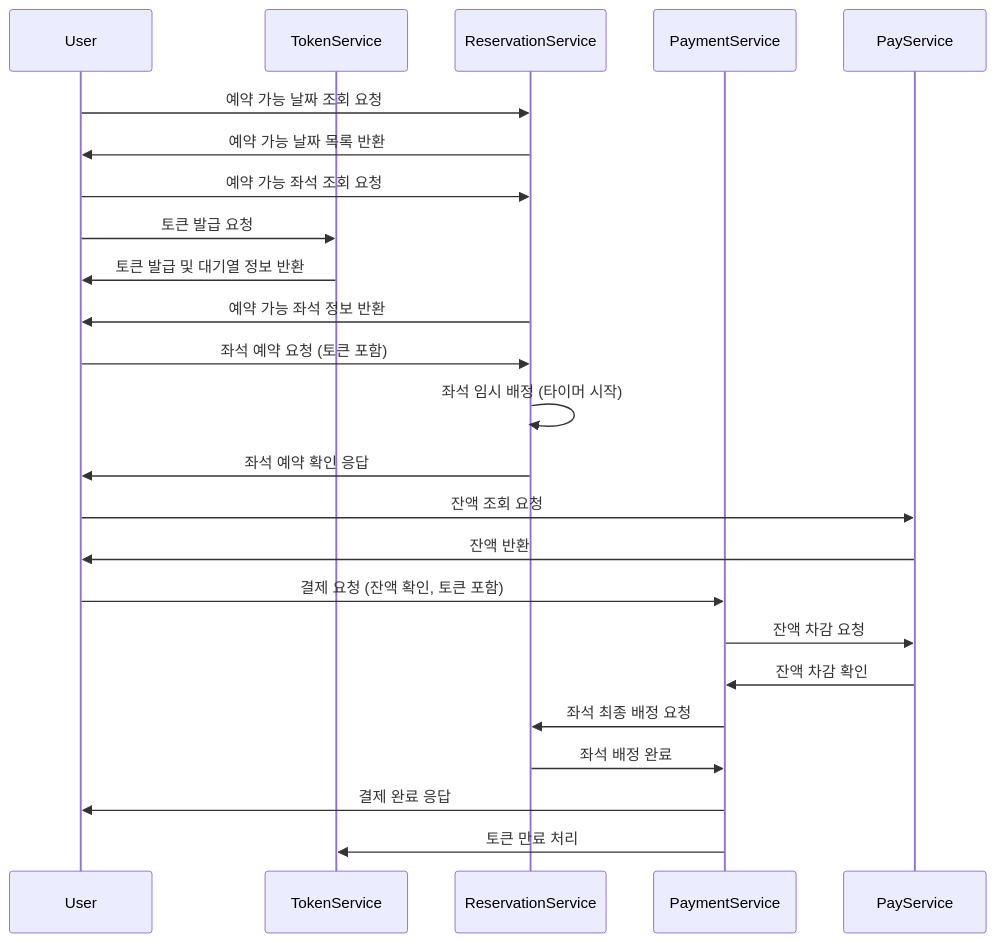
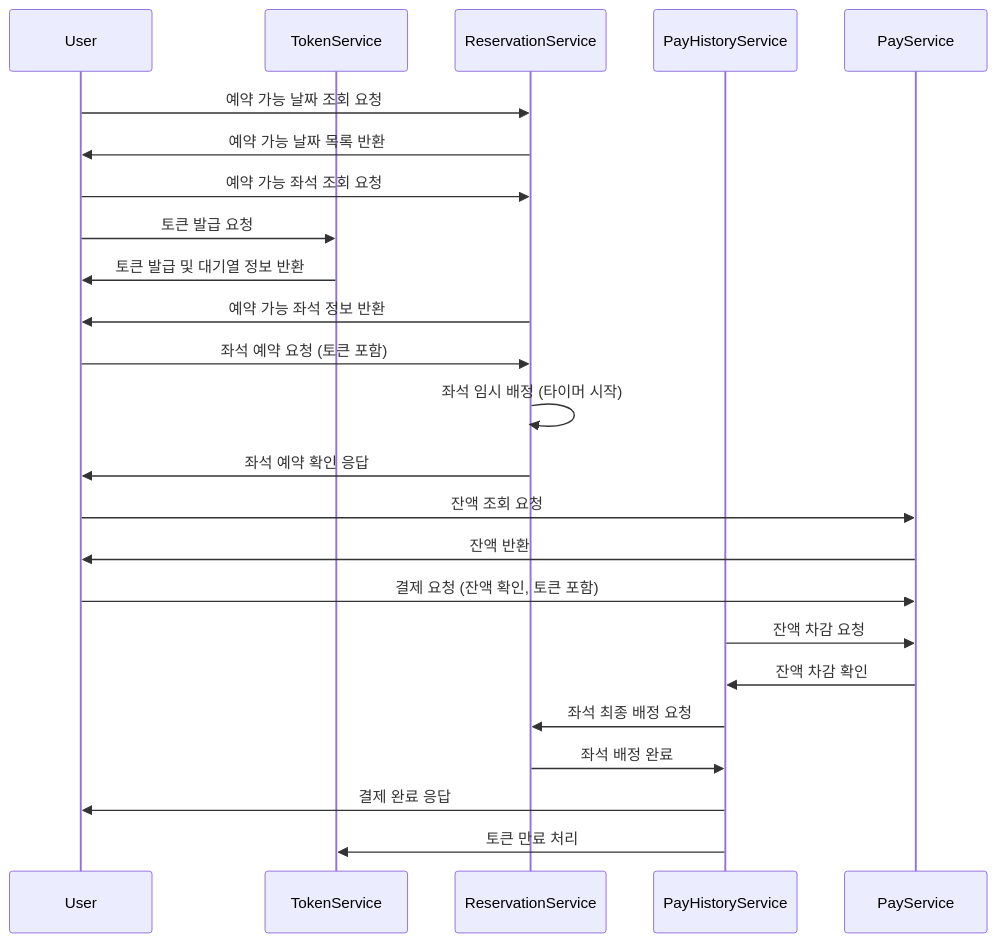
The first of 3 diagrams in README.md (fatallinverno/hhplus-concert-reservation), drawn with Mermaid before and after one commit.

Commit message:
시퀀스 다이어그램 명칭 변경

````diff
--- a/README.md
+++ b/README.md
@@ -2,32 +2,32 @@
 ```mermaid
 sequenceDiagram
     participant User
     participant TokenService
     participant ReservationService
-    participant PaymentService
+    participant PayHistoryService
     participant PayService
 
     User ->> ReservationService: 예약 가능 날짜 조회 요청
     ReservationService ->> User: 예약 가능 날짜 목록 반환
     
     User ->> ReservationService: 예약 가능 좌석 조회 요청
     User ->> TokenService: 토큰 발급 요청
     TokenService ->> User: 토큰 발급 및 대기열 정보 반환
     ReservationService ->> User: 예약 가능 좌석 정보 반환
 
     User ->> ReservationService: 좌석 예약 요청 (토큰 포함)
     
     ReservationService ->> ReservationService: 좌석 임시 배정 (타이머 시작)
     ReservationService ->> User: 좌석 예약 확인 응답
 
     User ->> PayService: 잔액 조회 요청
     PayService ->> User: 잔액 반환
 
-    User ->> PaymentService: 결제 요청 (잔액 확인, 토큰 포함)
-    PaymentService ->> PayService: 잔액 차감 요청
-    PayService ->> PaymentService: 잔액 차감 확인
-    PaymentService ->> ReservationService: 좌석 최종 배정 요청
-    ReservationService ->> PaymentService: 좌석 배정 완료
-    PaymentService ->> User: 결제 완료 응답
-    PaymentService ->> TokenService: 토큰 만료 처리
+    User ->> PayService: 결제 요청 (잔액 확인, 토큰 포함)
+    PayHistoryService ->> PayService: 잔액 차감 요청
+    PayService ->> PayHistoryService: 잔액 차감 확인
+    PayHistoryService ->> ReservationService: 좌석 최종 배정 요청
+    ReservationService ->> PayHistoryService: 좌석 배정 완료
+    PayHistoryService ->> User: 결제 완료 응답
+    PayHistoryService ->> TokenService: 토큰 만료 처리
 ```
````
